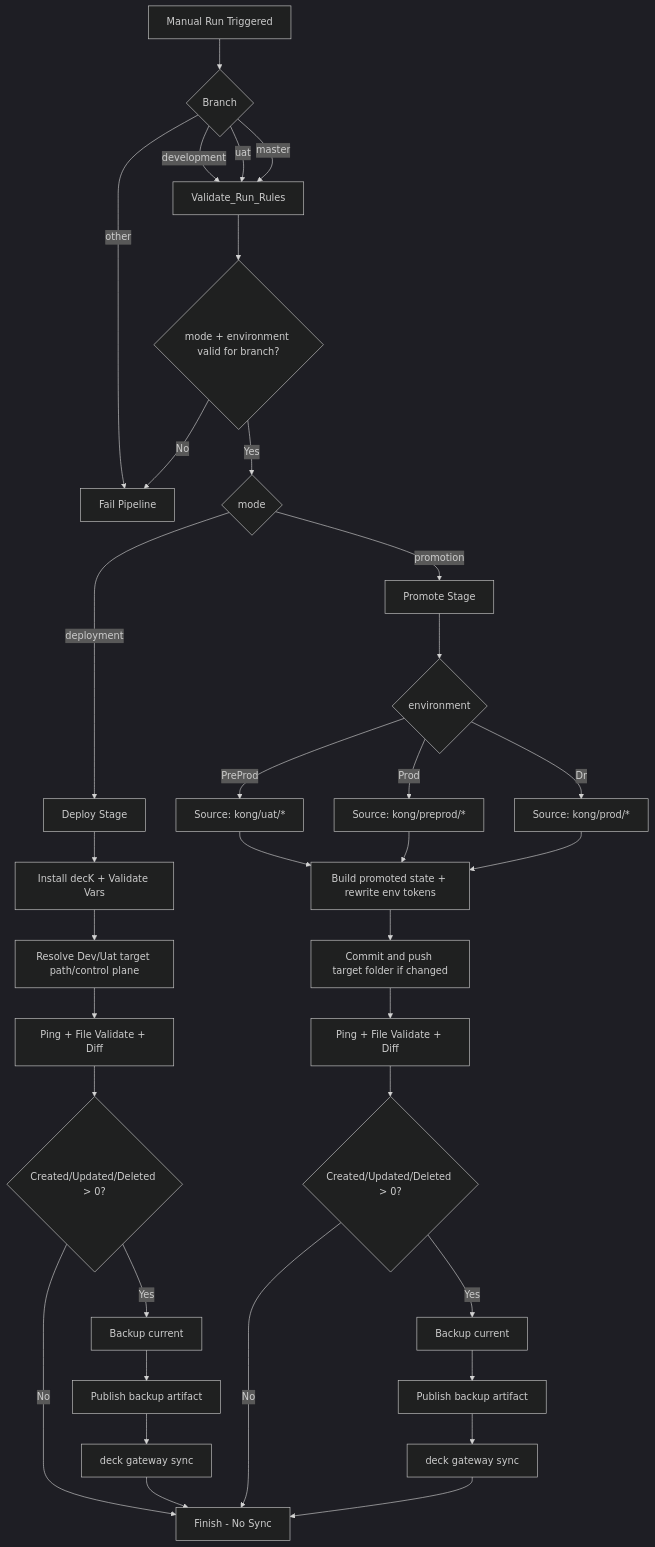
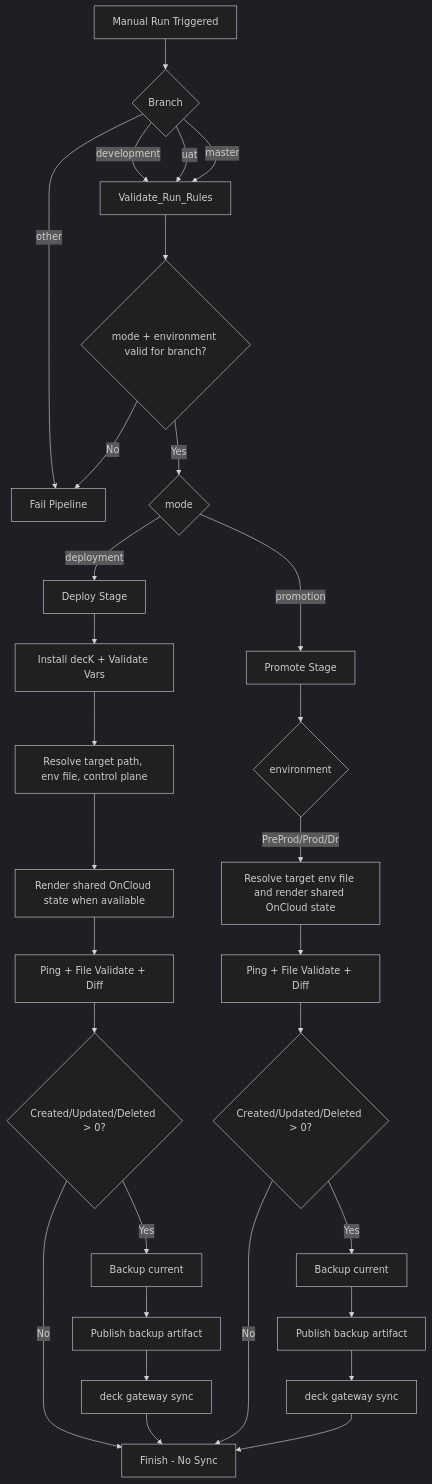
Before and after one commit to ceritakoko-it/Kong-External-OnCloud: the diagram in README.md, drawn with Mermaid (dark theme). The commit also changed other lines of this file and 142 other files, not shown here.

Commit message:
refactor to use single source of truth and add env folder

````diff
--- a/README.md
+++ b/README.md
@@ -141,41 +151,36 @@
 ```mermaid
 flowchart TD
     A[Manual Run Triggered] --> B{Branch}
     B -->|development| C[Validate_Run_Rules]
     B -->|uat| C
     B -->|master| C
     B -->|other| X[Fail Pipeline]
 
     C --> C0{mode + environment valid for branch?}
     C0 -->|No| X
     C0 -->|Yes| D{mode}
 
     D -->|deployment| E[Deploy Stage]
     D -->|promotion| F[Promote Stage]
 
     E --> E1[Install decK + Validate Vars]
-    E1 --> E2[Resolve Dev/Uat target path/control plane]
-    E2 --> E3[Ping + File Validate + Diff]
+    E1 --> E2[Resolve target path, env file, control plane]
+    E2 --> E21[Render shared OnCloud state when available]
+    E21 --> E3[Ping + File Validate + Diff]
     E3 --> E4{Created/Updated/Deleted > 0?}
     E4 -->|No| Z[Finish - No Sync]
     E4 -->|Yes| E5[Backup current]
     E5 --> E6[Publish backup artifact]
     E6 --> E7[deck gateway sync]
     E7 --> Z
 
     F --> F1{environment}
-    F1 -->|PreProd| F2[Source: kong/uat/*]
-    F1 -->|Prod| F3[Source: kong/preprod/*]
-    F1 -->|Dr| F31[Source: kong/prod/*]
-    F2 --> F4[Build promoted state + rewrite env tokens]
-    F3 --> F4
-    F31 --> F4
-    F4 --> F41[Commit and push target folder if changed]
-    F41 --> F5[Ping + File Validate + Diff]
+    F1 -->|PreProd/Prod/Dr| F4[Resolve target env file and render shared OnCloud state]
+    F4 --> F5[Ping + File Validate + Diff]
     F5 --> F6{Created/Updated/Deleted > 0?}
     F6 -->|No| Z
     F6 -->|Yes| F7[Backup current]
     F7 --> F8[Publish backup artifact]
     F8 --> F9[deck gateway sync]
     F9 --> Z
 ```
````
